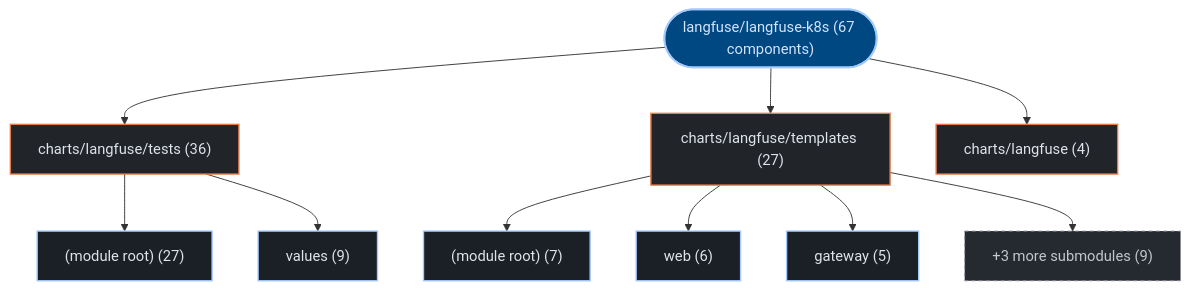
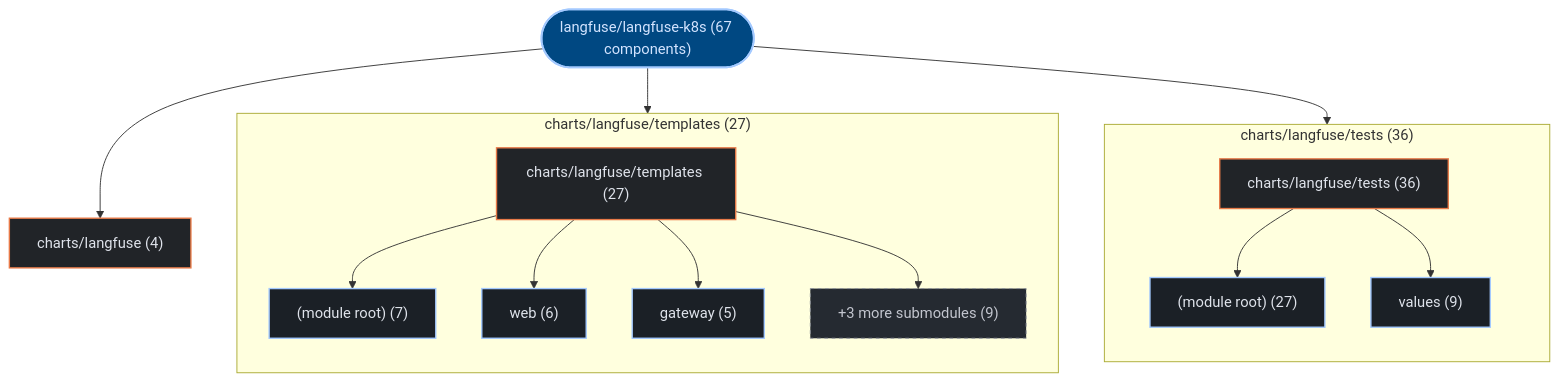
The first of 3 diagrams in exports/latest/reports/langfuse-langfuse-k8s-report.md (kumarshaz/atruss-code-atlas), drawn with Mermaid before and after one commit. The commit also changed 178 other files, not shown here.

Commit message:
feat(ui,mermaid): upgrade to mermaid v12 + ELK layout, add orgs-summary + pagination, subgraph building blocks, fix tab alignment

````diff
--- a/exports/latest/reports/langfuse-langfuse-k8s-report.md
+++ b/exports/latest/reports/langfuse-langfuse-k8s-report.md
@@ -42,29 +42,35 @@
 ```mermaid
 graph TD;
   classDef atlasRoot fill:#004882,stroke:#a3c9ff,stroke-width:2px,color:#d3e4ff
   classDef atlasCategory fill:#212428,stroke:#E87A48,stroke-width:1.5px,color:#dfe3eb
   classDef atlasWorkflow fill:#1b2026,stroke:#a3c9ff,stroke-width:1.5px,color:#dfe3eb
   classDef atlasJob fill:#171c22,stroke:#8d9199,stroke-width:1px,color:#dfe3eb
   classDef atlasTarget fill:#005227,stroke:#8bd99b,stroke-width:1.5px,color:#a7f6b6
   classDef atlasAlert fill:#93000a,stroke:#ffb4ab,stroke-width:1.5px,color:#ffdad6
   classDef atlasMore fill:#252a31,stroke:#8d9199,stroke-dasharray:4 4,color:#c3c6cf
     repo_root(["langfuse/langfuse-k8s (67 components)"]):::atlasRoot
-    dir_0_charts_langfuse_tests["charts/langfuse/tests (36)"]:::atlasCategory
+    subgraph sg_dir_0_charts_langfuse_tests["charts/langfuse/tests (36)"]
+      direction TB
+      dir_0_charts_langfuse_tests["charts/langfuse/tests (36)"]:::atlasCategory
+      sub_0_0__module_root_["(module root) (27)"]:::atlasWorkflow
+      dir_0_charts_langfuse_tests --> sub_0_0__module_root_
+      sub_0_1_values["values (9)"]:::atlasWorkflow
+      dir_0_charts_langfuse_tests --> sub_0_1_values
+    end
     repo_root --> dir_0_charts_langfuse_tests
-    sub_0_0__module_root_["(module root) (27)"]:::atlasWorkflow
-    dir_0_charts_langfuse_tests --> sub_0_0__module_root_
-    sub_0_1_values["values (9)"]:::atlasWorkflow
-    dir_0_charts_langfuse_tests --> sub_0_1_values
-    dir_1_charts_langfuse_templates["charts/langfuse/templates (27)"]:::atlasCategory
+    subgraph sg_dir_1_charts_langfuse_templates["charts/langfuse/templates (27)"]
+      direction TB
+      dir_1_charts_langfuse_templates["charts/langfuse/templates (27)"]:::atlasCategory
+      sub_1_0__module_root_["(module root) (7)"]:::atlasWorkflow
+      dir_1_charts_langfuse_templates --> sub_1_0__module_root_
+      sub_1_1_web["web (6)"]:::atlasWorkflow
+      dir_1_charts_langfuse_templates --> sub_1_1_web
+      sub_1_2_gateway["gateway (5)"]:::atlasWorkflow
+      dir_1_charts_langfuse_templates --> sub_1_2_gateway
+      sub_1_more["+3 more submodules (9)"]:::atlasMore
+      dir_1_charts_langfuse_templates --> sub_1_more
+    end
     repo_root --> dir_1_charts_langfuse_templates
-    sub_1_0__module_root_["(module root) (7)"]:::atlasWorkflow
-    dir_1_charts_langfuse_templates --> sub_1_0__module_root_
-    sub_1_1_web["web (6)"]:::atlasWorkflow
-    dir_1_charts_langfuse_templates --> sub_1_1_web
-    sub_1_2_gateway["gateway (5)"]:::atlasWorkflow
-    dir_1_charts_langfuse_templates --> sub_1_2_gateway
-    sub_1_more["+3 more submodules (9)"]:::atlasMore
-    dir_1_charts_langfuse_templates --> sub_1_more
     dir_2_charts_langfuse["charts/langfuse (4)"]:::atlasCategory
     repo_root --> dir_2_charts_langfuse
 ```
````
